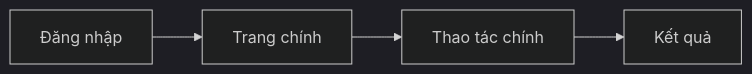
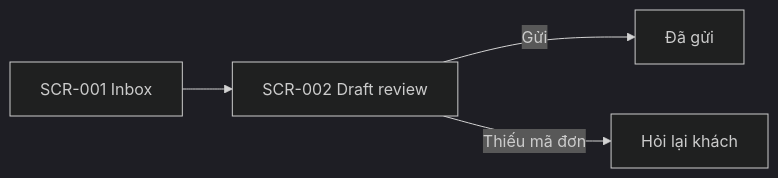
One commit to pbaodev/ai-team-playbook changed the diagram in docs/ui-flow.md. Above: the diagram before and after it, drawn with Mermaid (dark theme). The commit also changed other lines of this file and 48 other files, not shown here.

````diff
--- a/docs/ui-flow.md
+++ b/docs/ui-flow.md
@@ -16,6 +20,6 @@
 ```mermaid
 flowchart LR
-  login["Đăng nhập"] --> home["Trang chính"]
-  home --> action["Thao tác chính"]
-  action --> result["Kết quả"]
+  inbox["SCR-001 Inbox"] --> review["SCR-002 Draft review"]
+  review -->|"Gửi"| sent["Đã gửi"]
+  review -->|"Thiếu mã đơn"| ask["Hỏi lại khách"]
 ```
````
